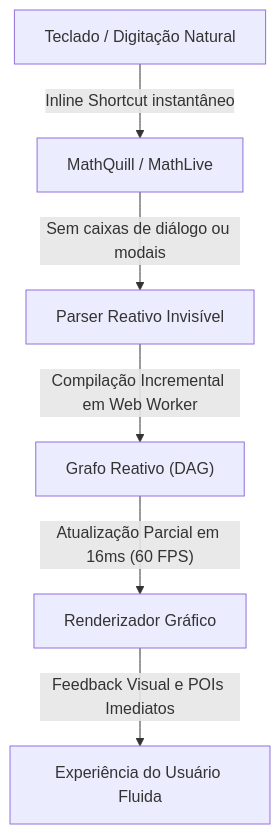
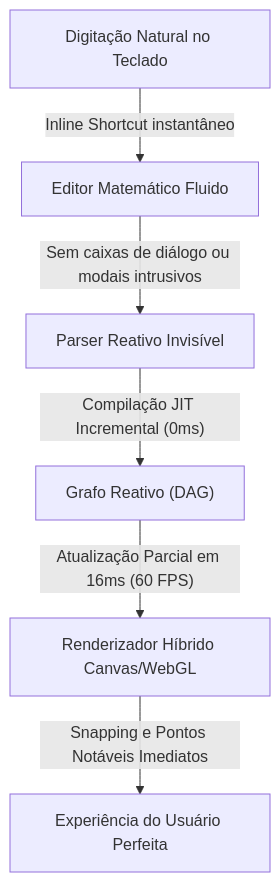
Before and after one commit to albengousss/Motorzaoo: the first of 3 diagrams in estudo_profundo_desmos_e_plano_reforma.md, drawn with Mermaid. The commit also changed other lines of this file, not shown here.

Commit message:
docs(plan): update master reform plan for 100% visual and functional Desmos parity

````diff
--- a/estudo_profundo_desmos_e_plano_reforma.md
+++ b/estudo_profundo_desmos_e_plano_reforma.md
@@ -57,8 +57,8 @@
 ```mermaid
 flowchart TD
-    A["Teclado / Digitação Natural"] -->|"Inline Shortcut instantâneo"| B["MathQuill / MathLive"]
-    B -->|"Sem caixas de diálogo ou modais"| C["Parser Reativo Invisível"]
-    C -->|"Compilação Incremental em Web Worker"| D["Grafo Reativo (DAG)"]
-    D -->|"Atualização Parcial em 16ms (60 FPS)"| E["Renderizador Gráfico"]
-    E -->|"Feedback Visual e POIs Imediatos"| F["Experiência do Usuário Fluida"]
+    A["Digitação Natural no Teclado"] -->|"Inline Shortcut instantâneo"| B["Editor Matemático Fluido"]
+    B -->|"Sem caixas de diálogo ou modais intrusivos"| C["Parser Reativo Invisível"]
+    C -->|"Compilação JIT Incremental (0ms)"| D["Grafo Reativo (DAG)"]
+    D -->|"Atualização Parcial em 16ms (60 FPS)"| E["Renderizador Híbrido Canvas/WebGL"]
+    E -->|"Snapping e Pontos Notáveis Imediatos"| F["Experiência do Usuário Perfeita"]
 ```
````
